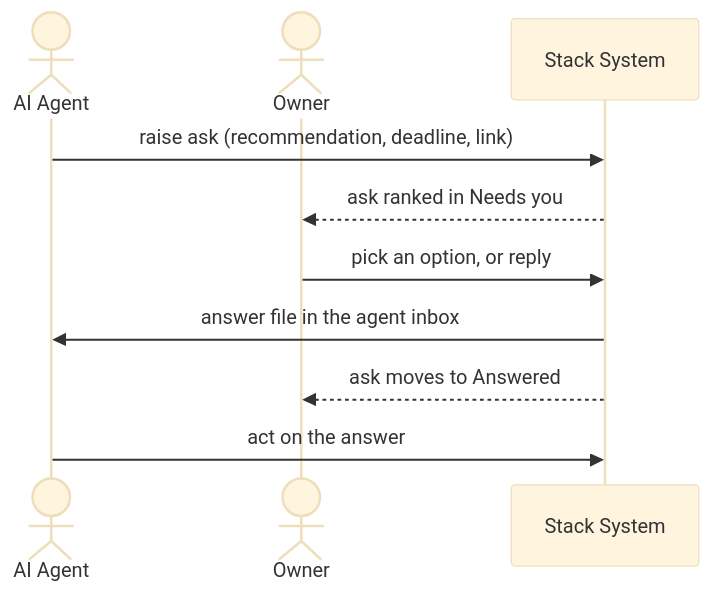
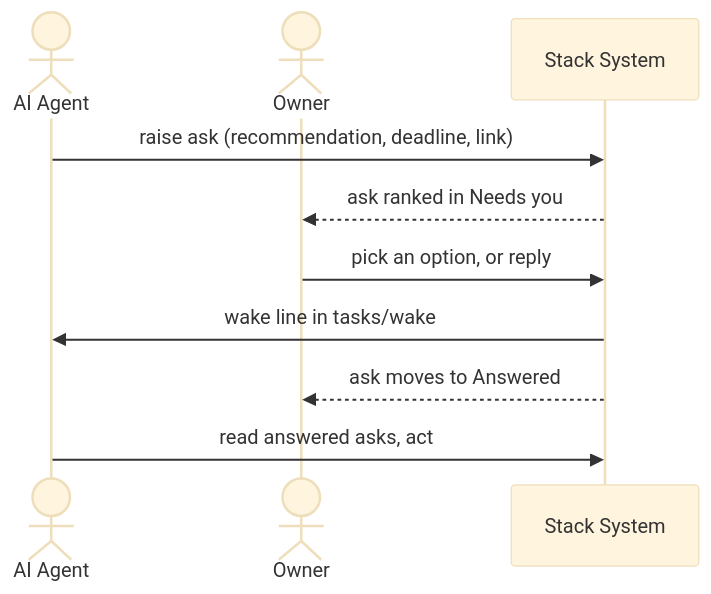
Before and after one commit to Xerilium/stack: the fourth of 5 diagrams in .xe/customer-journey.md, drawn with Mermaid (base theme). The commit also changed other lines of this file and 1 other file, not shown here.

Commit message:
docs(product): Match journey steps to the built answer and wake flow

````diff
--- a/.xe/customer-journey.md
+++ b/.xe/customer-journey.md
@@ -54,12 +54,12 @@
 ```mermaid
 sequenceDiagram
     actor Agent as AI Agent
     actor Owner as Owner
     participant Stack as Stack System
     Agent->>Stack: raise ask (recommendation, deadline, link)
     Stack-->>Owner: ask ranked in Needs you
     Owner->>Stack: pick an option, or reply
-    Stack->>Agent: answer file in the agent inbox
+    Stack->>Agent: wake line in tasks/wake
     Stack-->>Owner: ask moves to Answered
-    Agent->>Stack: act on the answer
+    Agent->>Stack: read answered asks, act
 ```
````
